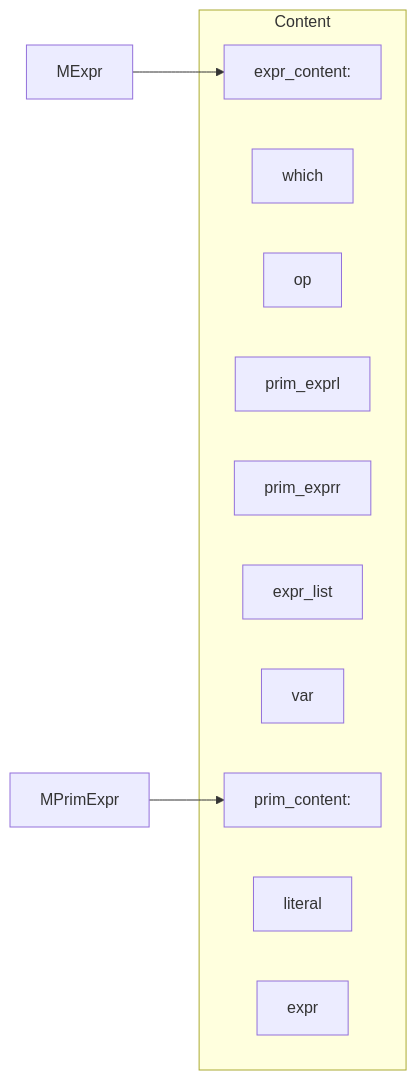
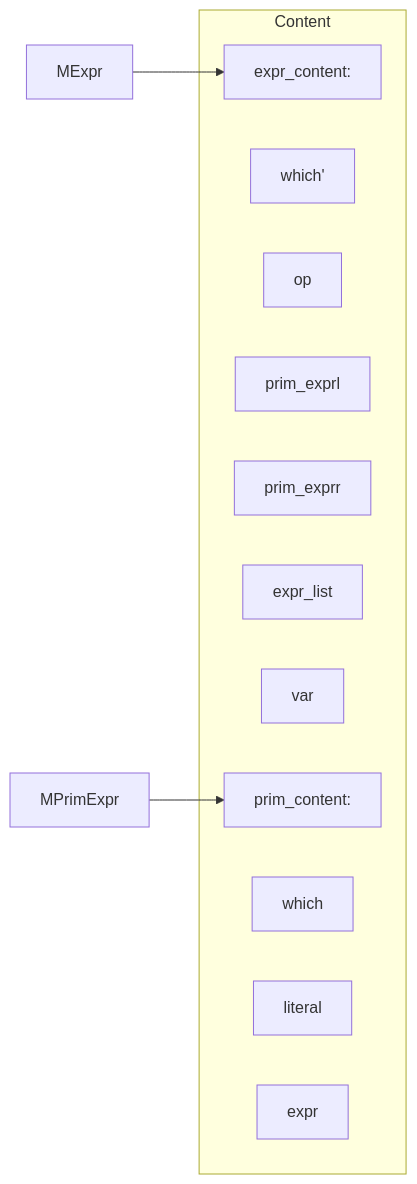
One commit to holmosaint/CompilerLab changed the diagram in structure.md. Above: the diagram before and after it, drawn with Mermaid. The commit also changed other lines of this file and 7 other files, not shown here.

````diff
--- a/structure.md
+++ b/structure.md
@@ -24,21 +48,21 @@
 ```mermaid
 graph LR
 MExpr-->expr_content:
     subgraph Content
         expr_content:
-        which
+        which'
         op
         prim_exprl
         prim_exprr
         expr_list
         var
     end
 MPrimExpr-->prim_content:
     subgraph Content
         prim_content:
         which
         literal
         var
         expr
     end
 ```
````
